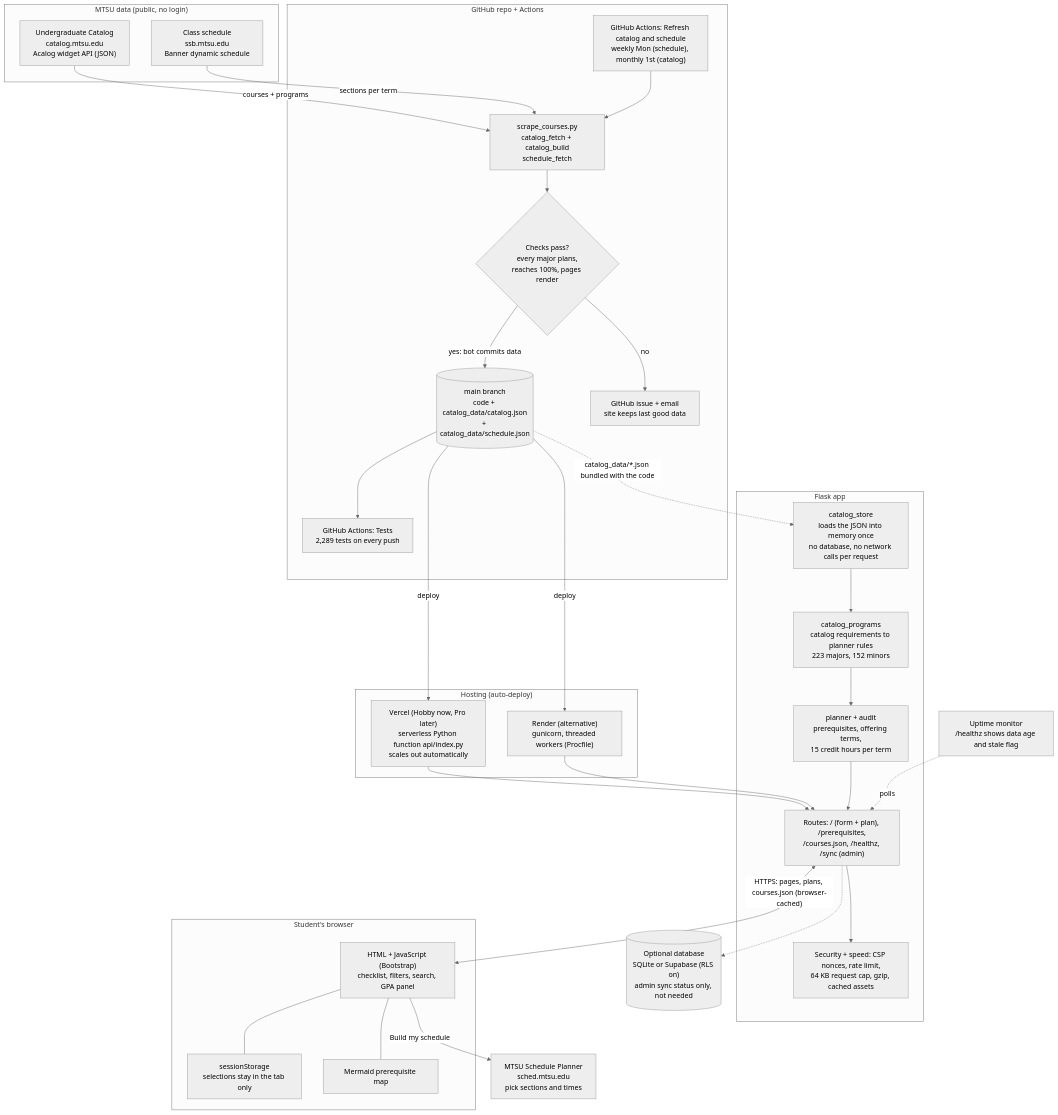
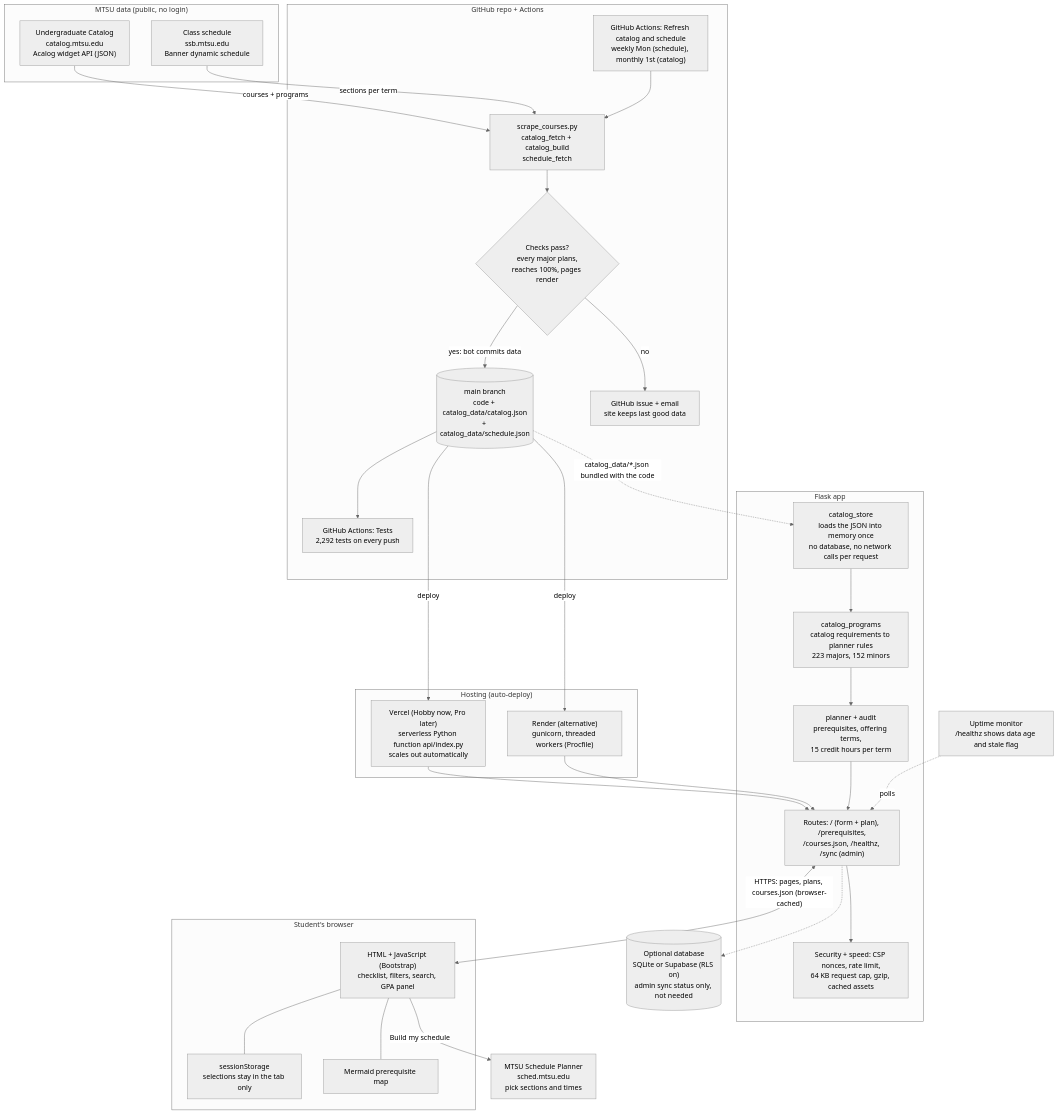
One commit to stevenGGG23/MTSU-GradPath changed the diagram in README.md. Above: the diagram before and after it, drawn with Mermaid (neutral theme). The commit also changed other lines of this file and 5 other files, not shown here.

````diff
--- a/README.md
+++ b/README.md
@@ -270,60 +271,60 @@
 ```mermaid
 flowchart TB
     subgraph MTSU["MTSU data (public, no login)"]
         CAT["Undergraduate Catalog<br/>catalog.mtsu.edu<br/>Acalog widget API (JSON)"]
         SCH["Class schedule<br/>ssb.mtsu.edu<br/>Banner dynamic schedule"]
     end
 
     subgraph GH["GitHub repo + Actions"]
         REFRESH["GitHub Actions: Refresh catalog and schedule<br/>weekly Mon (schedule), monthly 1st (catalog)"]
         EXPORT["scrape_courses.py<br/>catalog_fetch + catalog_build<br/>schedule_fetch"]
         GATE{"Checks pass?<br/>every major plans,<br/>reaches 100%, pages render"}
         REPO[("main branch<br/>code + catalog_data/catalog.json<br/>+ catalog_data/schedule.json")]
         ISSUE["GitHub issue + email<br/>site keeps last good data"]
-        TESTS["GitHub Actions: Tests<br/>2,289 tests on every push"]
+        TESTS["GitHub Actions: Tests<br/>2,292 tests on every push"]
     end
 
     subgraph HOST["Hosting (auto-deploy)"]
         VERCEL["Vercel (Hobby now, Pro later)<br/>serverless Python function api/index.py<br/>scales out automatically"]
         RENDER["Render (alternative)<br/>gunicorn, threaded workers (Procfile)"]
     end
 
     subgraph APP["Flask app"]
         STORE["catalog_store<br/>loads the JSON into memory once<br/>no database, no network calls per request"]
         CONVERT["catalog_programs<br/>catalog requirements to planner rules<br/>223 majors, 152 minors"]
         PLAN["planner + audit<br/>prerequisites, offering terms,<br/>15 credit hours per term"]
         ROUTES["Routes: / (form + plan), /prerequisites,<br/>/courses.json, /healthz, /sync (admin)"]
         HARDEN["Security + speed: CSP nonces, rate limit,<br/>64 KB request cap, gzip, cached assets"]
     end
 
     subgraph USER["Student's browser"]
         PAGE["HTML + JavaScript (Bootstrap)<br/>checklist, filters, search, GPA panel"]
         LOCAL["sessionStorage<br/>selections stay in the tab only"]
         MERMAID["Mermaid prerequisite map"]
     end
 
     SP["MTSU Schedule Planner<br/>sched.mtsu.edu<br/>pick sections and times"]
 
     DB[("Optional database<br/>SQLite or Supabase (RLS on)<br/>admin sync status only, not needed")]
     MON["Uptime monitor<br/>/healthz shows data age and stale flag"]
 
     CAT -->|"courses + programs"| EXPORT
     SCH -->|"sections per term"| EXPORT
     REFRESH --> EXPORT --> GATE
     GATE -->|"yes: bot commits data"| REPO
     GATE -->|"no"| ISSUE
     REPO --> TESTS
     REPO -->|"deploy"| VERCEL
     REPO -->|"deploy"| RENDER
     VERCEL --> ROUTES
     RENDER --> ROUTES
     ROUTES --> HARDEN
     STORE --> CONVERT --> PLAN --> ROUTES
     REPO -.->|"catalog_data/*.json bundled with the code"| STORE
     ROUTES <-->|"HTTPS: pages, plans, courses.json (browser-cached)"| PAGE
     PAGE --- LOCAL
     PAGE --- MERMAID
     PAGE -->|"Build my schedule"| SP
     ROUTES -.-> DB
     MON -.->|"polls"| ROUTES
 ```
````
